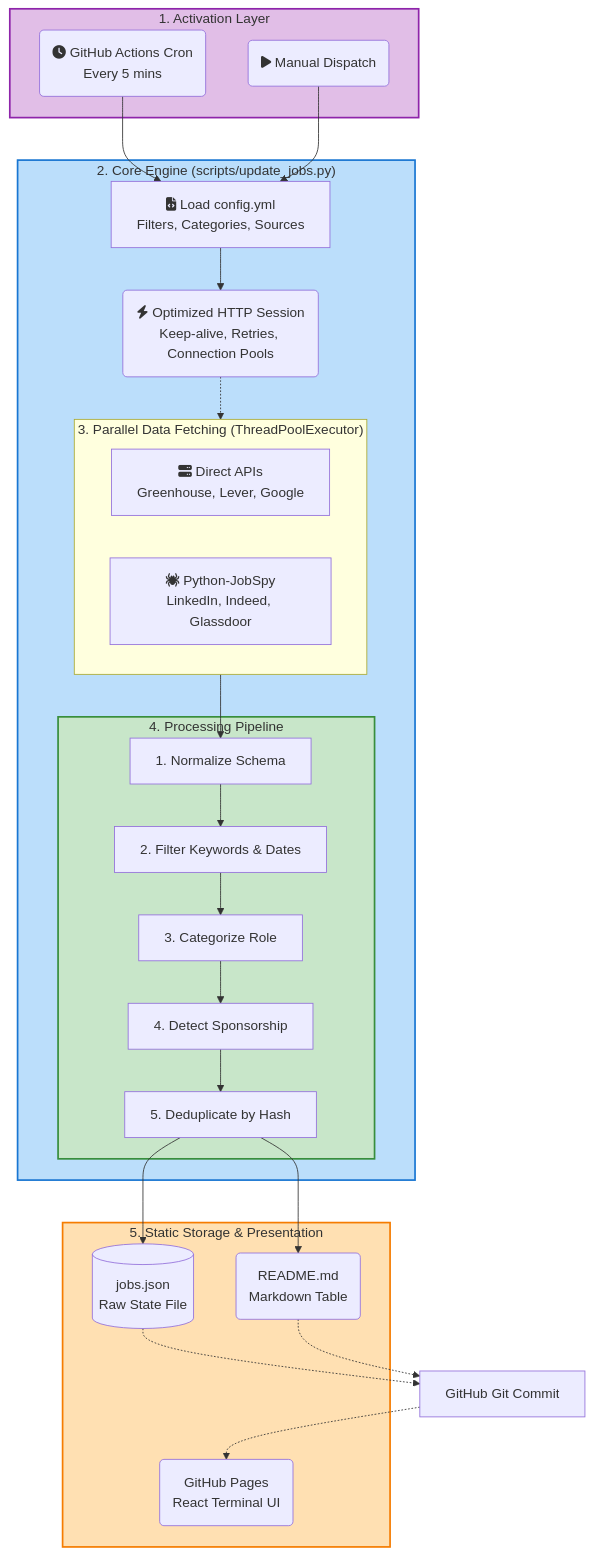
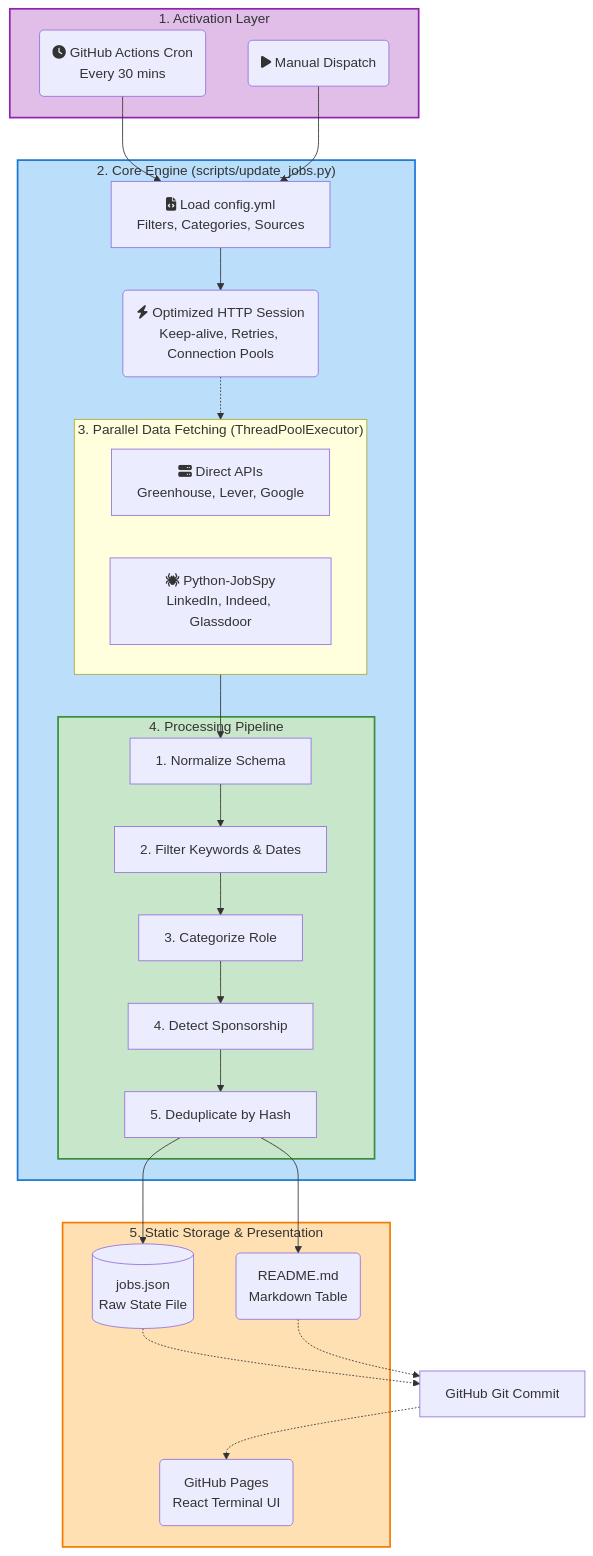
Before and after one commit to ambicuity/New-Grad-Jobs: the diagram in docs/architecture.md, drawn with Mermaid. The commit also changed other lines of this file and 17 other files, not shown here.

````diff
--- a/docs/architecture.md
+++ b/docs/architecture.md
@@ -7,66 +7,66 @@
 ```mermaid
 flowchart TD
     %% Triggers
     subgraph Trigger["1. Activation Layer"]
-        cron(fa:fa-clock GitHub Actions Cron<br/>Every 5 mins)
+        cron(fa:fa-clock GitHub Actions Cron<br/>Every 30 mins)
         manual(fa:fa-play Manual Dispatch)
     end
 
     %% Core Application
     subgraph Core["2. Core Engine (scripts/update_jobs.py)"]
         config[fa:fa-file-code Load config.yml<br/>Filters, Categories, Sources]
         session(fa:fa-bolt Optimized HTTP Session<br/>Keep-alive, Retries, Connection Pools)
 
         %% Fetching
         subgraph Fetching["3. Parallel Data Fetching (ThreadPoolExecutor)"]
             direct_api[fa:fa-server Direct APIs<br/>Greenhouse, Lever, Google]
             jobspy_api[fa:fa-spider Python-JobSpy<br/>LinkedIn, Indeed, Glassdoor]
         end
 
         %% Processing Pipeline
         subgraph Pipeline["4. Processing Pipeline"]
             norm[1. Normalize Schema]
             filter[2. Filter Keywords & Dates]
             categorize[3. Categorize Role]
             sponsorship[4. Detect Sponsorship]
             dedup[5. Deduplicate by Hash]
         end
 
     end
 
     %% Storage and Output
     subgraph Output["5. Static Storage & Presentation"]
         json[(jobs.json<br/>Raw State File)]
         readme(README.md<br/>Markdown Table)
         gh_pages(GitHub Pages<br/>React Terminal UI)
     end
 
     %% Flow Definitions
     cron --> config
     manual --> config
     config --> session
     session -.-> Fetching
     Fetching --> norm
     norm --> filter
     filter --> categorize
     categorize --> sponsorship
     sponsorship --> dedup
 
     dedup --> json
     dedup --> readme
 
     json -.-> git_commit[GitHub Git Commit]
     readme -.-> git_commit
 
     git_commit -.-> gh_pages
 
     classDef trigger fill:#e1bee7,stroke:#8e24aa,stroke-width:2px;
     classDef core fill:#bbdefb,stroke:#1976d2,stroke-width:2px;
     classDef process fill:#c8e6c9,stroke:#388e3c,stroke-width:2px;
     classDef output fill:#ffe0b2,stroke:#f57c00,stroke-width:2px;
 
     class Trigger trigger;
     class Core core;
     class Pipeline process;
     class Output output;
 ```
````
